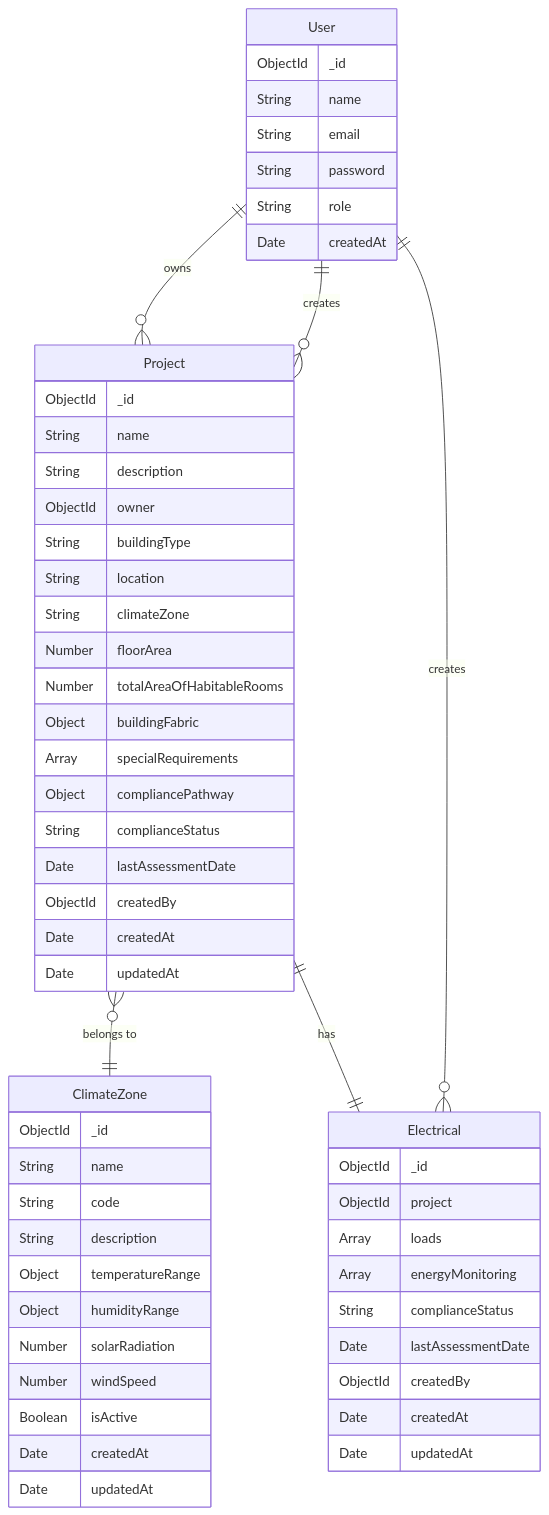
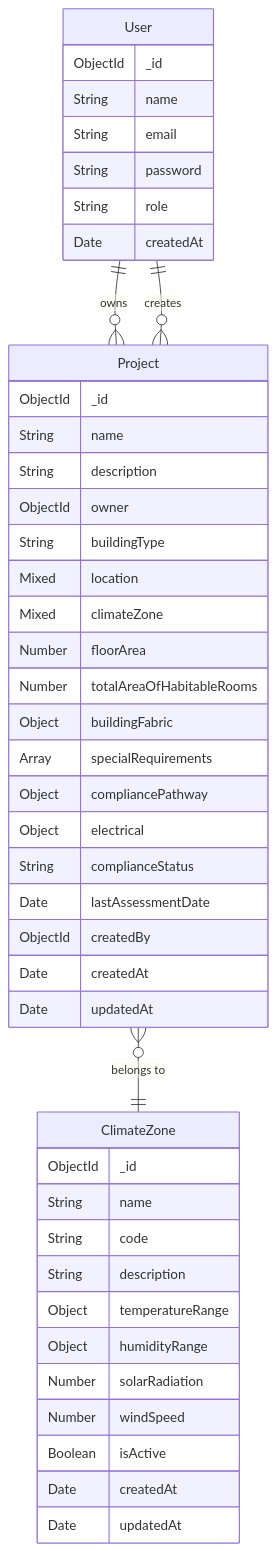
One commit to infernoalert/nccjsectioncompliencechecker changed the diagram in backend/UML/database-structure.md. Above: the diagram before and after it, drawn with Mermaid. The commit also changed other lines of this file and 8 other files, not shown here.

````diff
--- a/backend/UML/database-structure.md
+++ b/backend/UML/database-structure.md
@@ -5,63 +5,50 @@
 ```mermaid
 erDiagram
     User {
         ObjectId _id
         String name
         String email
         String password
         String role
         Date createdAt
     }
 
     Project {
         ObjectId _id
         String name
         String description
         ObjectId owner
         String buildingType
-        String location
-        String climateZone
+        Mixed location
+        Mixed climateZone
         Number floorArea
         Number totalAreaOfHabitableRooms
         Object buildingFabric
         Array specialRequirements
         Object compliancePathway
+        Object electrical
         String complianceStatus
         Date lastAssessmentDate
         ObjectId createdBy
         Date createdAt
         Date updatedAt
     }
 
     ClimateZone {
         ObjectId _id
         String name
         String code
         String description
         Object temperatureRange
         Object humidityRange
         Number solarRadiation
         Number windSpeed
         Boolean isActive
         Date createdAt
         Date updatedAt
     }
 
-    Electrical {
-        ObjectId _id
-        ObjectId project
-        Array loads
-        Array energyMonitoring
-        String complianceStatus
-        Date lastAssessmentDate
-        ObjectId createdBy
-        Date createdAt
-        Date updatedAt
-    }
-
     User ||--o{ Project : "owns"
     User ||--o{ Project : "creates"
     Project }o--|| ClimateZone : "belongs to"
-    Project ||--|| Electrical : "has"
-    User ||--o{ Electrical : "creates"
 ```
````
